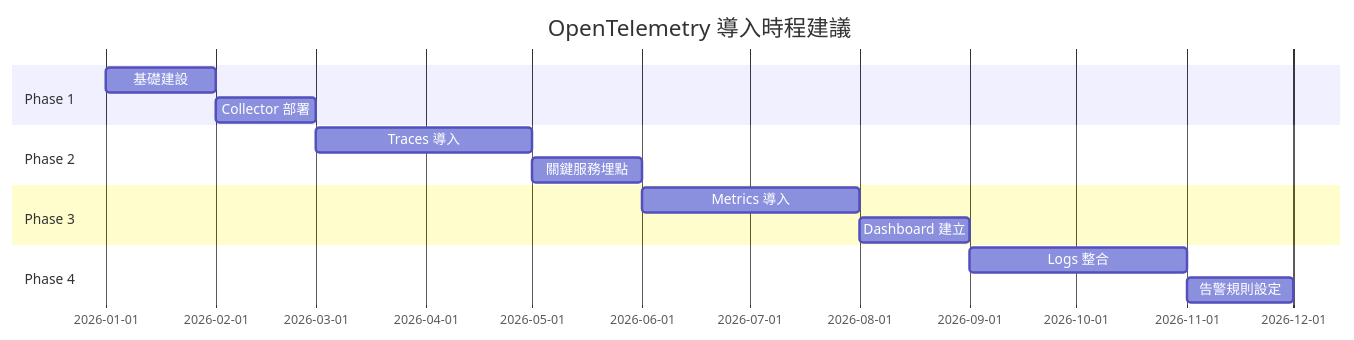
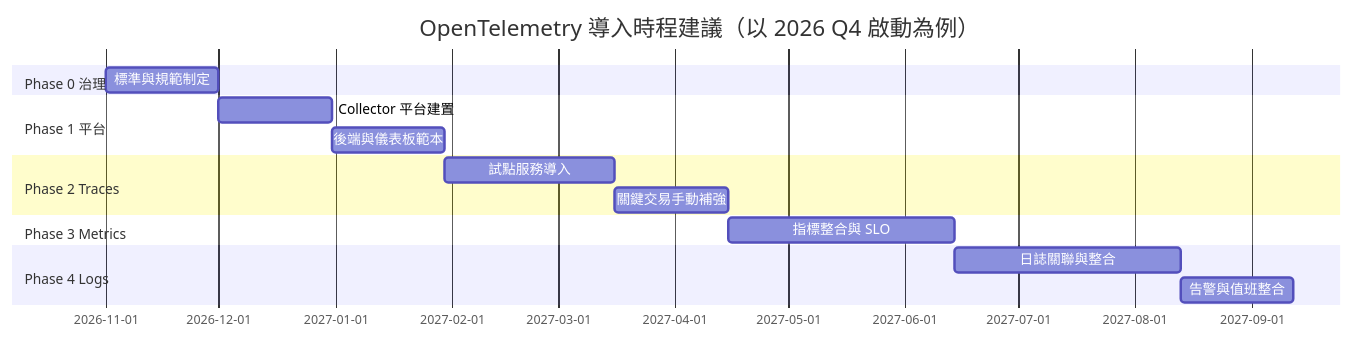
One commit to chihhung/Blog changed diagram 16 of 19 in content/posts/教學/工具/OpenTelemetry教學手冊.md. Above: the diagram before and after it, drawn with Mermaid. The commit also changed other lines of this file and 8 other files, not shown here.

````diff
--- a/content/posts/教學/工具/OpenTelemetry教學手冊.md
+++ b/content/posts/教學/工具/OpenTelemetry教學手冊.md
@@ -2087,17 +4169,18 @@
 ```mermaid
 gantt
-    title OpenTelemetry 導入時程建議
-    dateFormat  YYYY-MM
-    section Phase 1
-    基礎建設          :a1, 2026-01, 1M
-    Collector 部署    :a2, after a1, 1M
-    section Phase 2
-    Traces 導入       :b1, after a2, 2M
-    關鍵服務埋點      :b2, after b1, 1M
-    section Phase 3
-    Metrics 導入      :c1, after b2, 2M
-    Dashboard 建立    :c2, after c1, 1M
-    section Phase 4
-    Logs 整合         :d1, after c2, 2M
-    告警規則設定      :d2, after d1, 1M
+    title OpenTelemetry 導入時程建議（以 2026 Q4 啟動為例）
+    dateFormat  YYYY-MM-DD
+    section Phase 0 治理
+    標準與規範制定        :p0, 2026-11-01, 30d
+    section Phase 1 平台
+    Collector 平台建置    :a1, after p0, 30d
+    後端與儀表板範本      :a2, after a1, 30d
+    section Phase 2 Traces
+    試點服務導入          :b1, after a2, 45d
+    關鍵交易手動補強      :b2, after b1, 30d
+    section Phase 3 Metrics
+    指標整合與 SLO        :c1, after b2, 60d
+    section Phase 4 Logs
+    日誌關聯與整合        :d1, after c1, 60d
+    告警與值班整合        :d2, after d1, 30d
 ```
````
